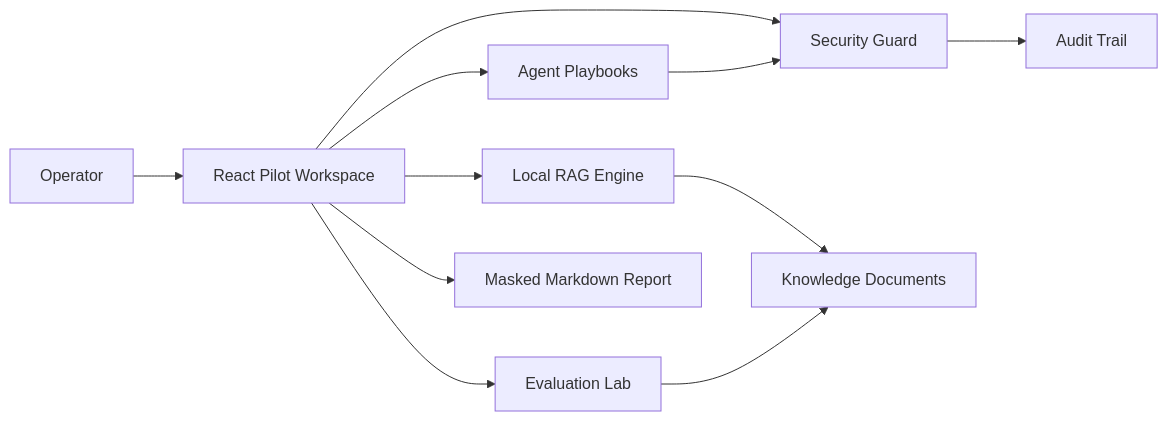
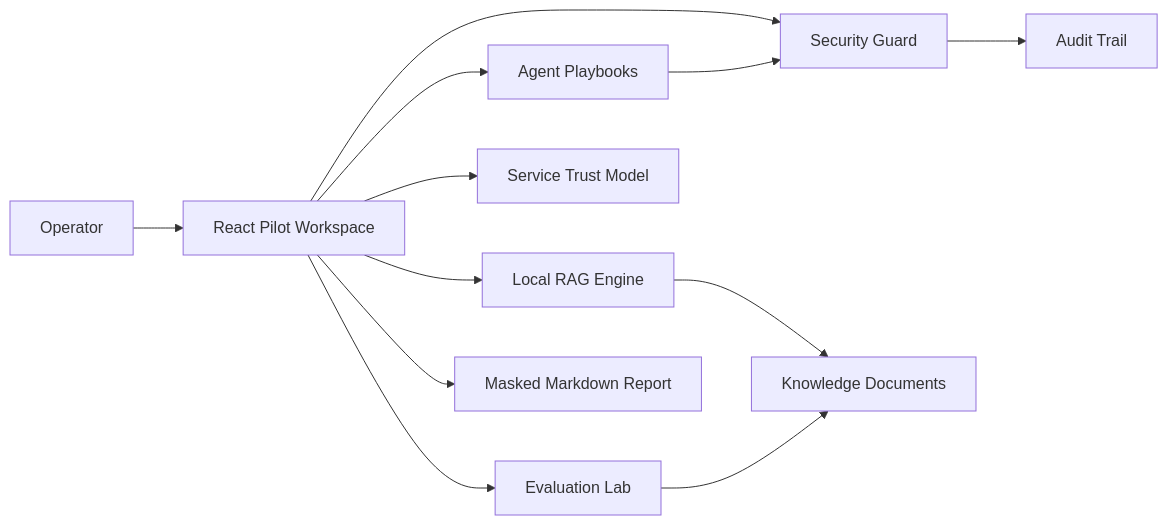
Before and after one commit to KIM3310/aix-pilot: the diagram in docs/PORTFOLIO_CASE_STUDY.md, drawn with Mermaid. The commit also changed other lines of this file and 18 other files, not shown here.

Commit message:
Elevate service trust and security model

````diff
--- a/docs/PORTFOLIO_CASE_STUDY.md
+++ b/docs/PORTFOLIO_CASE_STUDY.md
@@ -27,13 +28,14 @@
 ```mermaid
 flowchart LR
   User["Operator"] --> UI["React Pilot Workspace"]
   UI --> RAG["Local RAG Engine"]
   UI --> Agent["Agent Playbooks"]
   UI --> Guard["Security Guard"]
+  UI --> Trust["Service Trust Model"]
   UI --> Eval["Evaluation Lab"]
   RAG --> Docs["Knowledge Documents"]
   Agent --> Guard
   Guard --> Audit["Audit Trail"]
   Eval --> Docs
   UI --> Report["Masked Markdown Report"]
 ```
````
